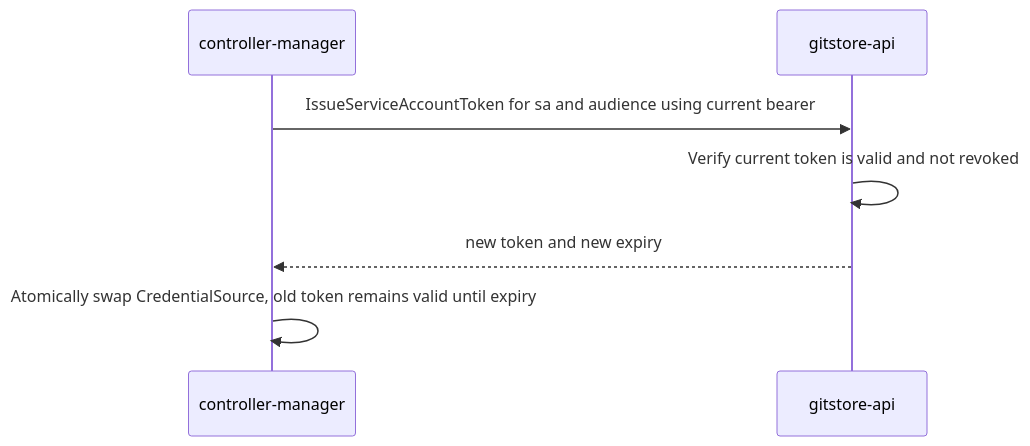
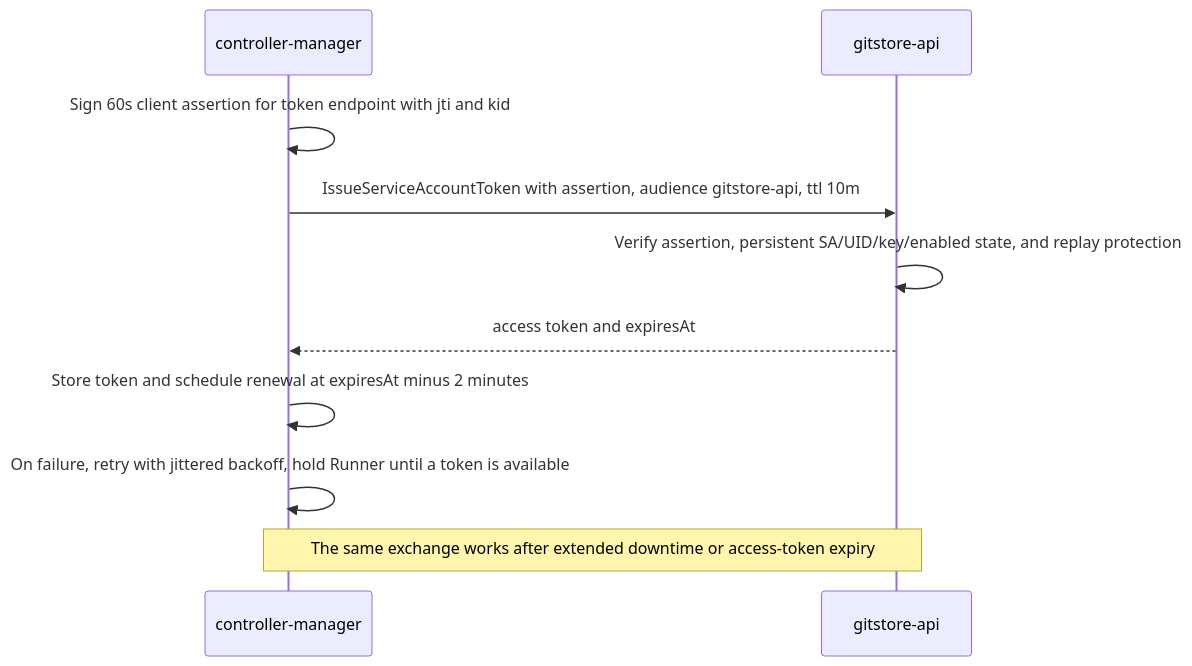
Before and after one commit to gitstore-dev/GitStore: the third of 7 diagrams in docs/implementation/021-controller_service_account_auth.md, drawn with Mermaid. The commit also changed other lines of this file and 6 other files, not shown here.

Commit message:
docs: harden controller service account design

````diff
--- a/docs/implementation/021-controller_service_account_auth.md
+++ b/docs/implementation/021-controller_service_account_auth.md
@@ -146,9 +156,12 @@
 ```mermaid
 sequenceDiagram
     participant CM as controller-manager
     participant API as gitstore-api
-    CM->>API: IssueServiceAccountToken for sa and audience using current bearer
-    API->>API: Verify current token is valid and not revoked
-    API-->>CM: new token and new expiry
-    CM->>CM: Atomically swap CredentialSource, old token remains valid until expiry
+    CM->>CM: Sign 60s client assertion for token endpoint with jti and kid
+    CM->>API: IssueServiceAccountToken with assertion, audience gitstore-api, ttl 10m
+    API->>API: Verify assertion, persistent SA/UID/key/enabled state, and replay protection
+    API-->>CM: access token and expiresAt
+    CM->>CM: Store token and schedule renewal at expiresAt minus 2 minutes
+    CM->>CM: On failure, retry with jittered backoff, hold Runner until a token is available
+    Note over CM,API: The same exchange works after extended downtime or access-token expiry
 ```
````
